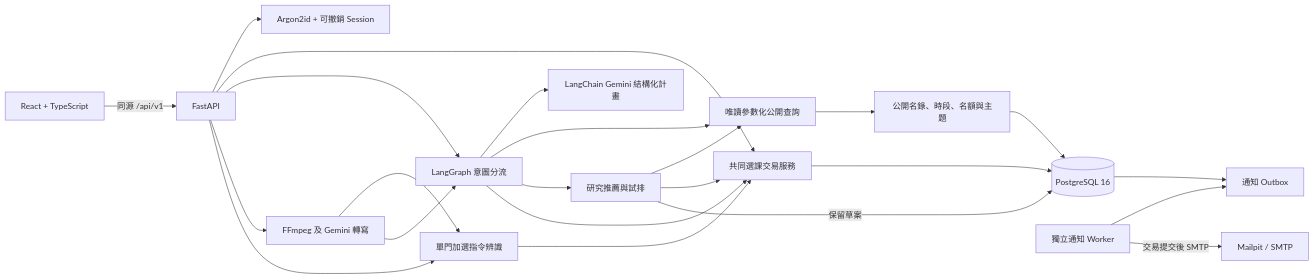
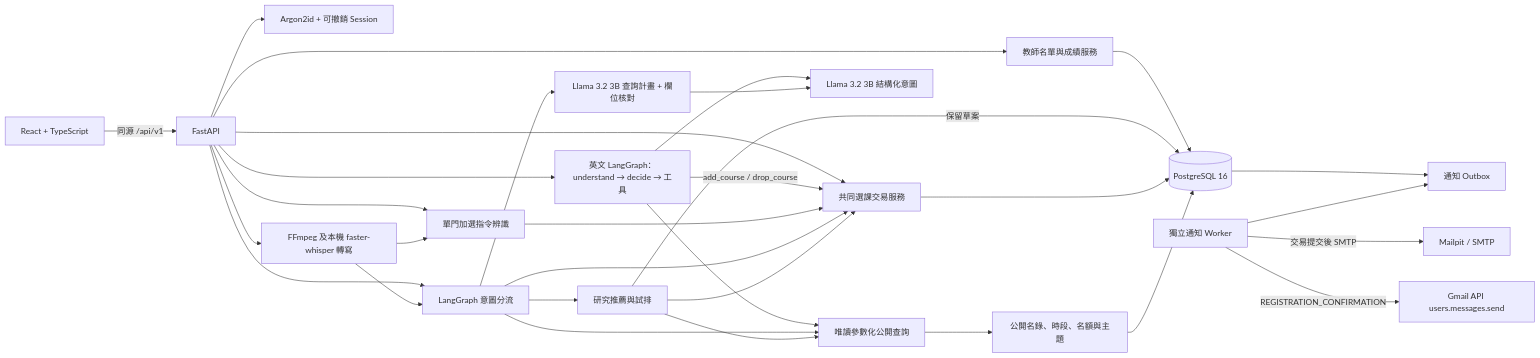
One commit to programmerKB/CourseFlow changed the first of 2 diagrams in docs/architecture.md. Above: the diagram before and after it, drawn with Mermaid. The commit also changed other lines of this file and 59 other files, not shown here.

````diff
--- a/docs/architecture.md
+++ b/docs/architecture.md
@@ -3,25 +3,33 @@
 ```mermaid
 flowchart LR
     React[React + TypeScript] -->|同源 /api/v1| API[FastAPI]
     API --> Auth[Argon2id + 可撤銷 Session]
     API --> Rules[共同選課交易服務]
     API --> Graph[LangGraph 意圖分流]
-    API --> Voice[FFmpeg 及 Gemini 轉寫]
+    API --> Voice[FFmpeg 及本機 faster-whisper 轉寫]
     API --> Command[單門加選指令辨識]
+    API --> English[英文 LangGraph：understand → decide → 工具]
+    English --> Llama[Llama 3.2 3B 結構化意圖]
+    English -->|add_course / drop_course| Rules
+    English --> Public
+    API --> Teaching[教師名單與成績服務]
+    Teaching --> PG
     Voice --> Command
     Voice --> Graph
     Command --> Rules
-    Graph --> Gemini[LangChain Gemini 結構化計畫]
+    Graph --> Plan[Llama 3.2 3B 查詢計畫 + 欄位核對]
+    Plan --> Llama
     Graph --> Public[唯讀參數化公開查詢]
     Graph --> Preview[研究推薦與試排]
     Graph --> Rules
     Preview --> Public
     Preview --> Rules
     Preview -->|保留草案| PG
     Rules --> PG[(PostgreSQL 16)]
     Public --> Views[公開名錄、時段、名額與主題]
     Views --> PG
     PG --> Outbox[通知 Outbox]
     Worker[獨立通知 Worker] --> Outbox
     Worker -->|交易提交後 SMTP| Mailpit[Mailpit / SMTP]
+    Worker -->|REGISTRATION_CONFIRMATION| Gmail[Gmail API users.messages.send]
 ```
````
